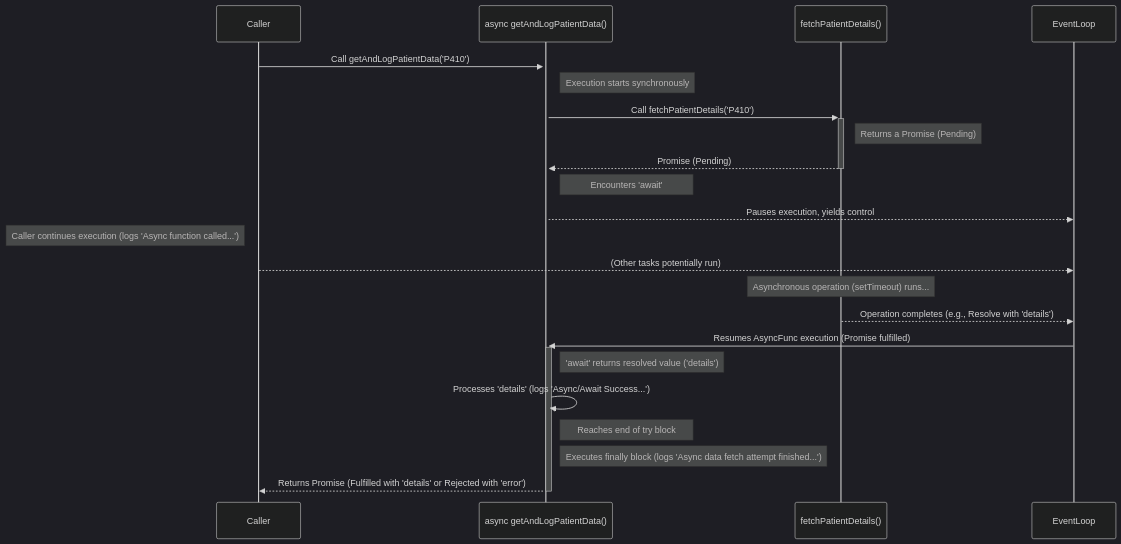
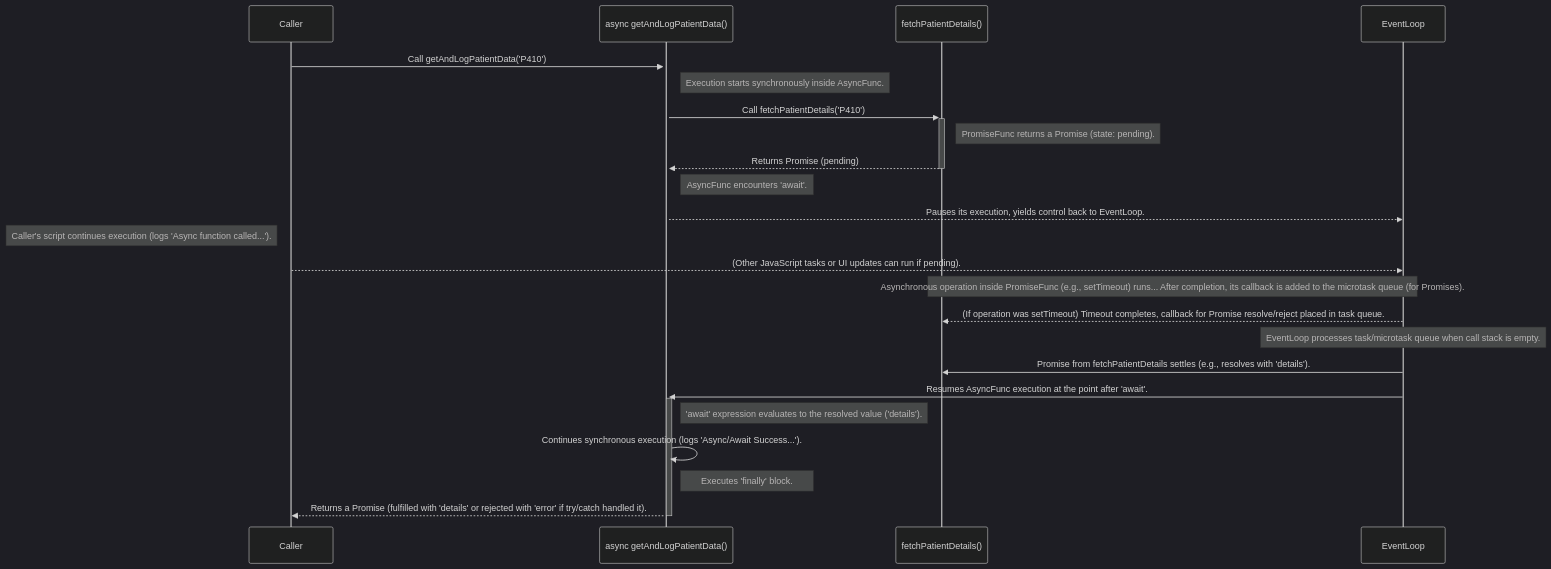
The diagram in modules/module-05-javascript-essentials-for-react-native.md (nickPattLB303/react-native-examples), drawn with Mermaid (dark theme) before and after one commit. The commit also changed other lines of this file, not shown here.

First line of the commit message:
Enhance JavaScript essentials module for React Native

````diff
--- a/modules/module-05-javascript-essentials-for-react-native.md
+++ b/modules/module-05-javascript-essentials-for-react-native.md
@@ -750,27 +812,28 @@
 ```mermaid
 sequenceDiagram
     participant Caller
     participant AsyncFunc as async getAndLogPatientData()
     participant PromiseFunc as fetchPatientDetails()
     participant EventLoop
 
     Caller->>+AsyncFunc: Call getAndLogPatientData('P410')
-    Note right of AsyncFunc: Execution starts synchronously
+    Note right of AsyncFunc: Execution starts synchronously inside AsyncFunc.
     AsyncFunc->>+PromiseFunc: Call fetchPatientDetails('P410')
-    Note right of PromiseFunc: Returns a Promise (Pending)
-    PromiseFunc-->>-AsyncFunc: Promise (Pending)
-    Note right of AsyncFunc: Encounters 'await'
-    AsyncFunc-->>EventLoop: Pauses execution, yields control
-    Note left of Caller: Caller continues execution (logs 'Async function called...')
-    Caller-->>EventLoop: (Other tasks potentially run)
+    Note right of PromiseFunc: PromiseFunc returns a Promise (state: pending).
+    PromiseFunc-->>-AsyncFunc: Returns Promise (pending)
+    Note right of AsyncFunc: AsyncFunc encounters 'await'.
+    AsyncFunc-->>EventLoop: Pauses its execution, yields control back to EventLoop.
+    Note left of Caller: Caller's script continues execution (logs 'Async function called...').
+    Caller-->>EventLoop: (Other JavaScript tasks or UI updates can run if pending).
 
-    Note over PromiseFunc: Asynchronous operation (setTimeout) runs...
-    PromiseFunc-->>EventLoop: Operation completes (e.g., Resolve with 'details')
+    Note over PromiseFunc, EventLoop: Asynchronous operation inside PromiseFunc (e.g., setTimeout) runs... After completion, its callback is added to the microtask queue (for Promises).
+    EventLoop-->>PromiseFunc: (If operation was setTimeout) Timeout completes, callback for Promise resolve/reject placed in task queue.
+    Note over EventLoop: EventLoop processes task/microtask queue when call stack is empty.
+    EventLoop->>PromiseFunc: Promise from fetchPatientDetails settles (e.g., resolves with 'details').
 
-    EventLoop->>+AsyncFunc: Resumes AsyncFunc execution (Promise fulfilled)
-    Note right of AsyncFunc: 'await' returns resolved value ('details')
-    AsyncFunc->>AsyncFunc: Processes 'details' (logs 'Async/Await Success...')
-    Note right of AsyncFunc: Reaches end of try block
-    Note right of AsyncFunc: Executes finally block (logs 'Async data fetch attempt finished...')
-    AsyncFunc-->>-Caller: Returns Promise (Fulfilled with 'details' or Rejected with 'error')
+    EventLoop->>+AsyncFunc: Resumes AsyncFunc execution at the point after 'await'.
+    Note right of AsyncFunc: 'await' expression evaluates to the resolved value ('details').
+    AsyncFunc->>AsyncFunc: Continues synchronous execution (logs 'Async/Await Success...').
+    Note right of AsyncFunc: Executes 'finally' block.
+    AsyncFunc-->>-Caller: Returns a Promise (fulfilled with 'details' or rejected with 'error' if try/catch handled it).
 ```
````
